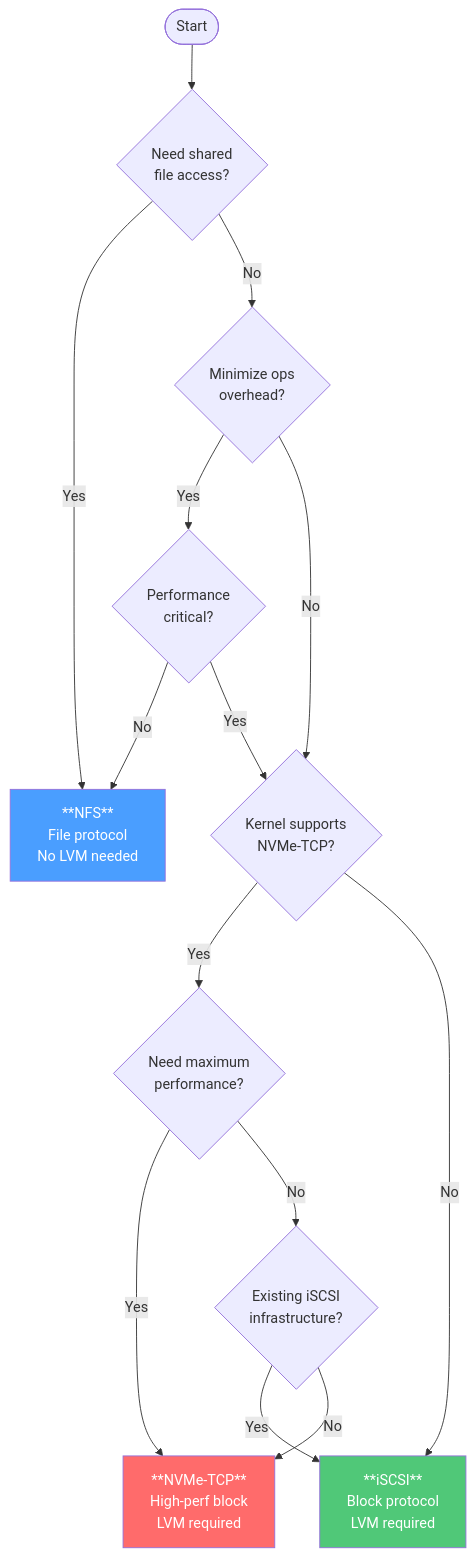
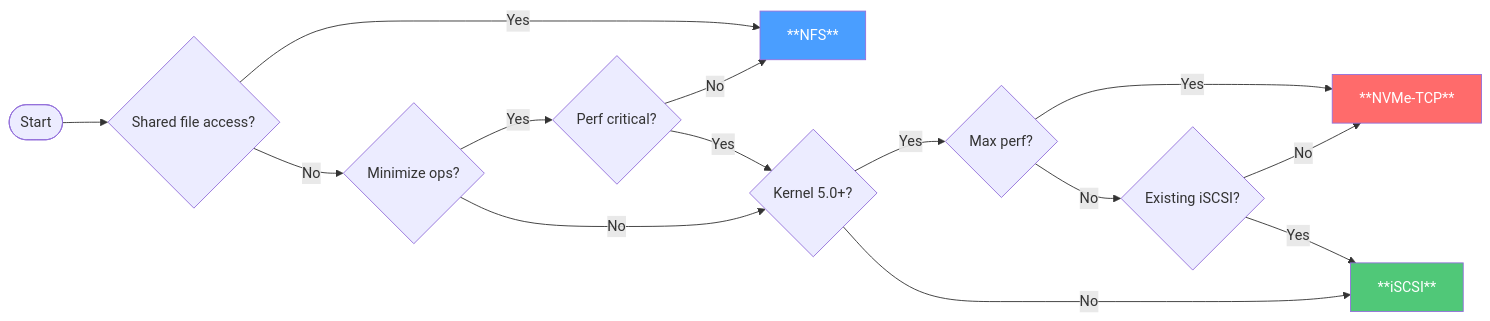
Before and after one commit to khensler/Quickstart-Guides: the first of 6 diagrams in common/choosing-a-protocol.md, drawn with Mermaid. The commit also changed other lines of this file and 1 other file, not shown here.

Commit message:
diagram updates

````diff
--- a/common/choosing-a-protocol.md
+++ b/common/choosing-a-protocol.md
@@ -14,26 +14,19 @@
 ```mermaid
-flowchart TD
-    START([Start]) --> Q1{Need shared<br/>file access?}
-
-    Q1 -->|Yes| NFS[**NFS**<br/>File protocol<br/>No LVM needed]
-    Q1 -->|No| Q2{Minimize ops<br/>overhead?}
-
-    Q2 -->|Yes| Q2a{Performance<br/>critical?}
-    Q2 -->|No| Q3{Kernel supports<br/>NVMe-TCP?}
-
+flowchart LR
+    START([Start]) --> Q1{Shared file access?}
+    Q1 -->|Yes| NFS[**NFS**]
+    Q1 -->|No| Q2{Minimize ops?}
+    Q2 -->|Yes| Q2a{Perf critical?}
+    Q2 -->|No| Q3{Kernel 5.0+?}
     Q2a -->|No| NFS
     Q2a -->|Yes| Q3
-
-    Q3 -->|Yes| Q4{Need maximum<br/>performance?}
-    Q3 -->|No| ISCSI[**iSCSI**<br/>Block protocol<br/>LVM required]
-
-    Q4 -->|Yes| NVME[**NVMe-TCP**<br/>High-perf block<br/>LVM required]
-    Q4 -->|No| Q5{Existing iSCSI<br/>infrastructure?}
-
-    Q5 -->|Yes| ISCSI
+    Q3 -->|Yes| Q4{Max perf?}
+    Q4 -->|Yes| NVME[**NVMe-TCP**]
+    Q4 -->|No| Q5{Existing iSCSI?}
     Q5 -->|No| NVME
-
+    Q5 -->|Yes| ISCSI[**iSCSI**]
+    Q3 -->|No| ISCSI
     style NFS fill:#4a9eff,color:#fff
     style ISCSI fill:#50c878,color:#fff
     style NVME fill:#ff6b6b,color:#fff
 ```
````
